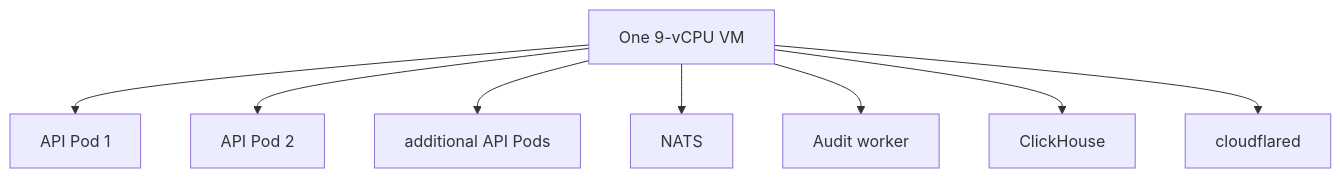
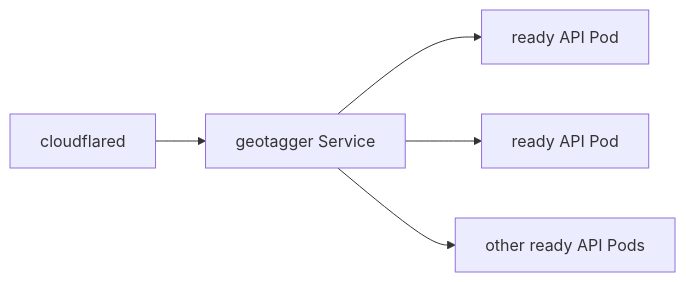
The fifth of 9 diagrams in docs/KUBERNETES.md (Jstarzz/geotagger), drawn with Mermaid before and after one commit. The commit also changed other lines of this file, not shown here.

Commit message:
docs: update K3s guide for dual MMDB architecture

````diff
--- a/docs/KUBERNETES.md
+++ b/docs/KUBERNETES.md
@@ -173,10 +202,7 @@
 ```mermaid
-flowchart TB
-    VM["One 9-vCPU VM"] --> API1["API Pod 1"]
-    VM --> API2["API Pod 2"]
-    VM --> APIN["additional API Pods"]
-    VM --> NATS["NATS"]
-    VM --> WORKER["Audit worker"]
-    VM --> CH["ClickHouse"]
-    VM --> CFD["cloudflared"]
+flowchart LR
+    CFD["cloudflared"] --> SVC["geotagger Service"]
+    SVC --> P1["ready API Pod"]
+    SVC --> P2["ready API Pod"]
+    SVC --> PN["other ready API Pods"]
 ```
````
